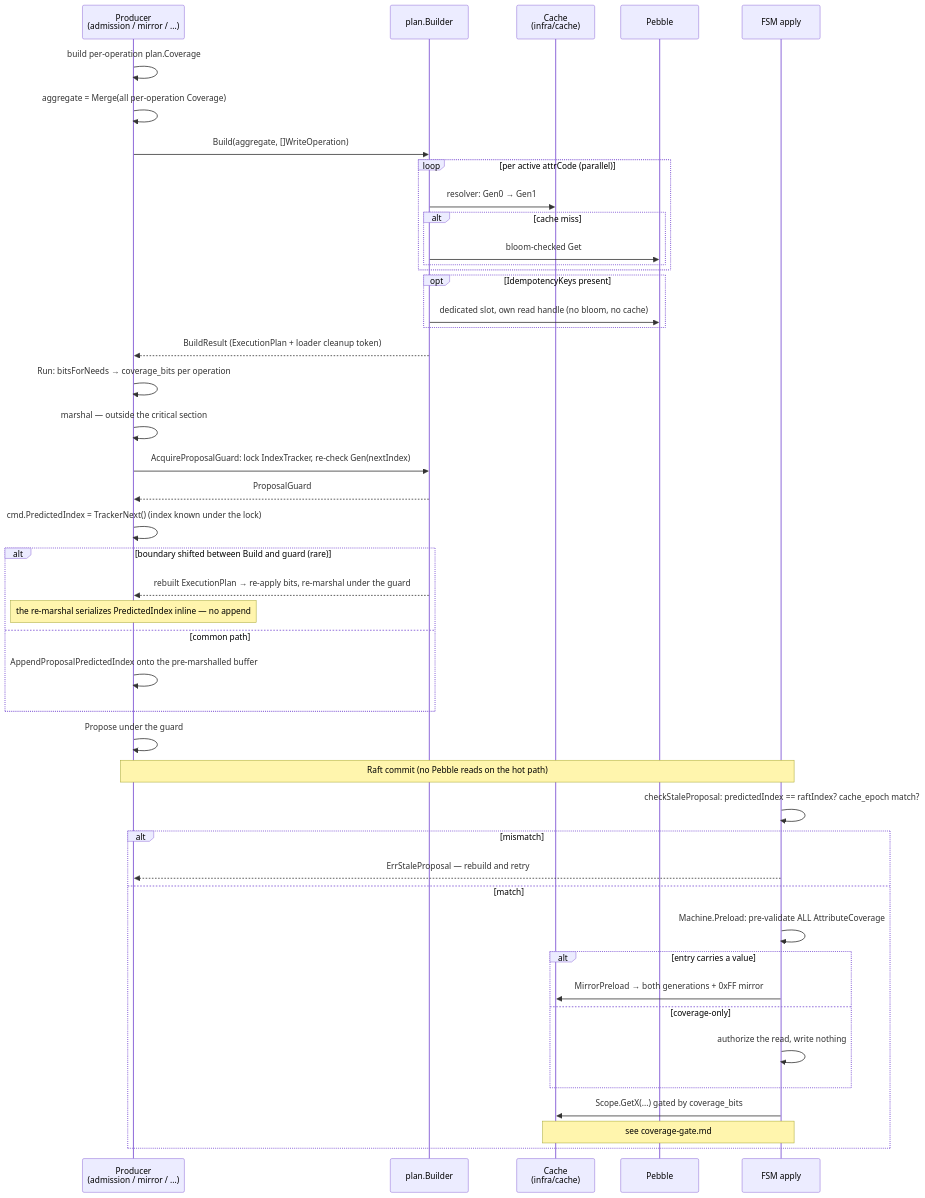
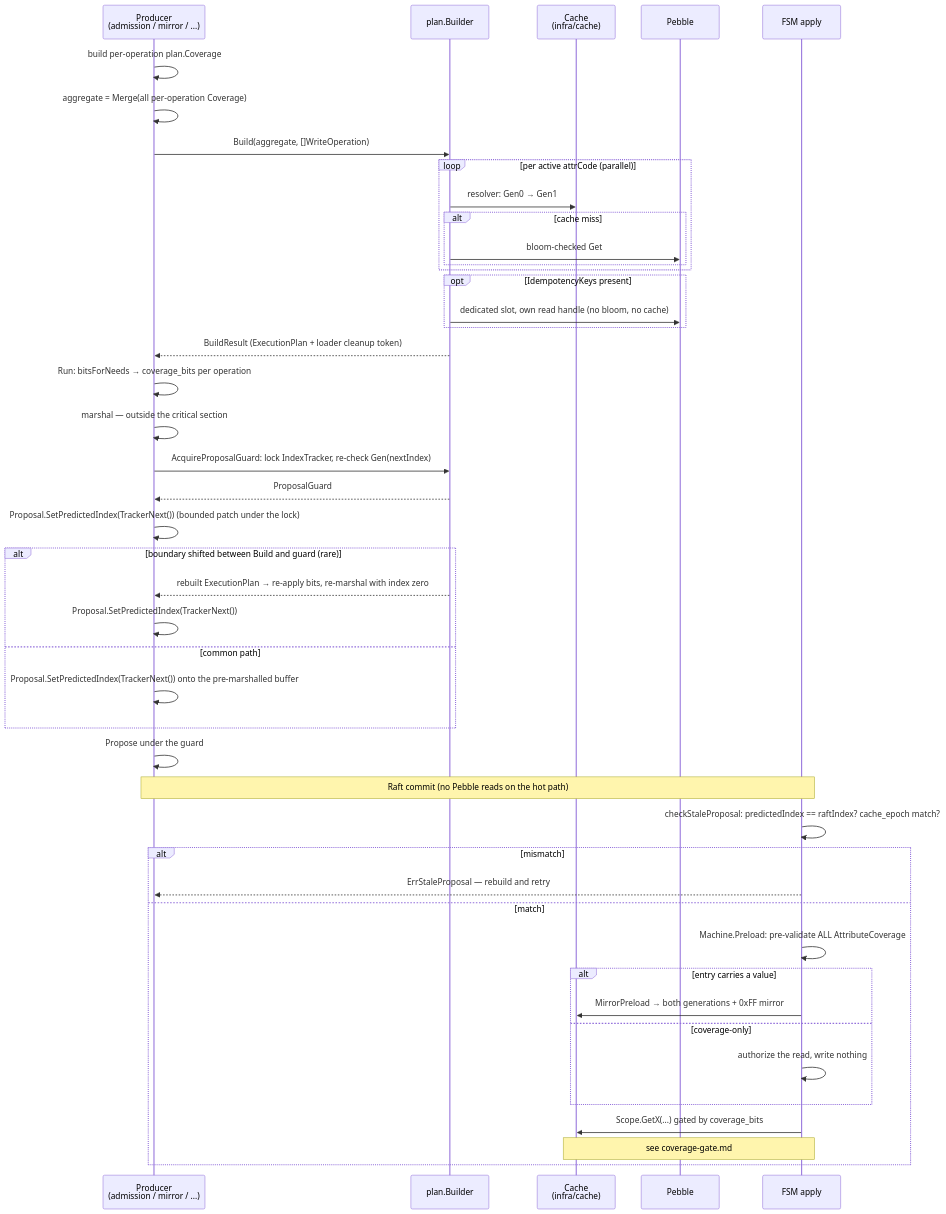
Before and after one commit to formancehq/ledger: the second of 2 diagrams in docs/technical/architecture/subsystems/fsm/preload.md, drawn with Mermaid. The commit also changed other lines of this file and 123 other files, not shown here.

````diff
--- a/docs/technical/architecture/subsystems/fsm/preload.md
+++ b/docs/technical/architecture/subsystems/fsm/preload.md
@@ -230,48 +230,48 @@
 ```mermaid
 sequenceDiagram
     participant P as Producer<br/>(admission / mirror / ...)
     participant B as plan.Builder
     participant C as Cache<br/>(infra/cache)
     participant Peb as Pebble
     participant FSM as FSM apply
 
     P->>P: build per-operation plan.Coverage
     P->>P: aggregate = Merge(all per-operation Coverage)
     P->>B: Build(aggregate, []WriteOperation)
     loop per active attrCode (parallel)
         B->>C: resolver: Gen0 → Gen1
         alt cache miss
             B->>Peb: bloom-checked Get
         end
     end
     opt IdempotencyKeys present
         B->>Peb: dedicated slot, own read handle (no bloom, no cache)
     end
     B-->>P: BuildResult (ExecutionPlan + loader cleanup token)
     P->>P: Run: bitsForNeeds → coverage_bits per operation
     P->>P: marshal — outside the critical section
     P->>B: AcquireProposalGuard: lock IndexTracker, re-check Gen(nextIndex)
     B-->>P: ProposalGuard
-    P->>P: cmd.PredictedIndex = TrackerNext() (index known under the lock)
+    P->>P: Proposal.SetPredictedIndex(TrackerNext()) (bounded patch under the lock)
     alt boundary shifted between Build and guard (rare)
-        B-->>P: rebuilt ExecutionPlan → re-apply bits, re-marshal under the guard
-        Note over P: the re-marshal serializes PredictedIndex inline — no append
+        B-->>P: rebuilt ExecutionPlan → re-apply bits, re-marshal with index zero
+        P->>P: Proposal.SetPredictedIndex(TrackerNext())
     else common path
-        P->>P: AppendProposalPredictedIndex onto the pre-marshalled buffer
+        P->>P: Proposal.SetPredictedIndex(TrackerNext()) onto the pre-marshalled buffer
     end
     P->>P: Propose under the guard
     Note over P,FSM: Raft commit (no Pebble reads on the hot path)
     FSM->>FSM: checkStaleProposal: predictedIndex == raftIndex? cache_epoch match?
     alt mismatch
         FSM-->>P: ErrStaleProposal — rebuild and retry
     else match
         FSM->>FSM: Machine.Preload: pre-validate ALL AttributeCoverage
         alt entry carries a value
             FSM->>C: MirrorPreload → both generations + 0xFF mirror
         else coverage-only
             FSM->>FSM: authorize the read, write nothing
         end
         FSM->>C: Scope.GetX(...) gated by coverage_bits
         Note over FSM,C: see coverage-gate.md
     end
 ```
````
